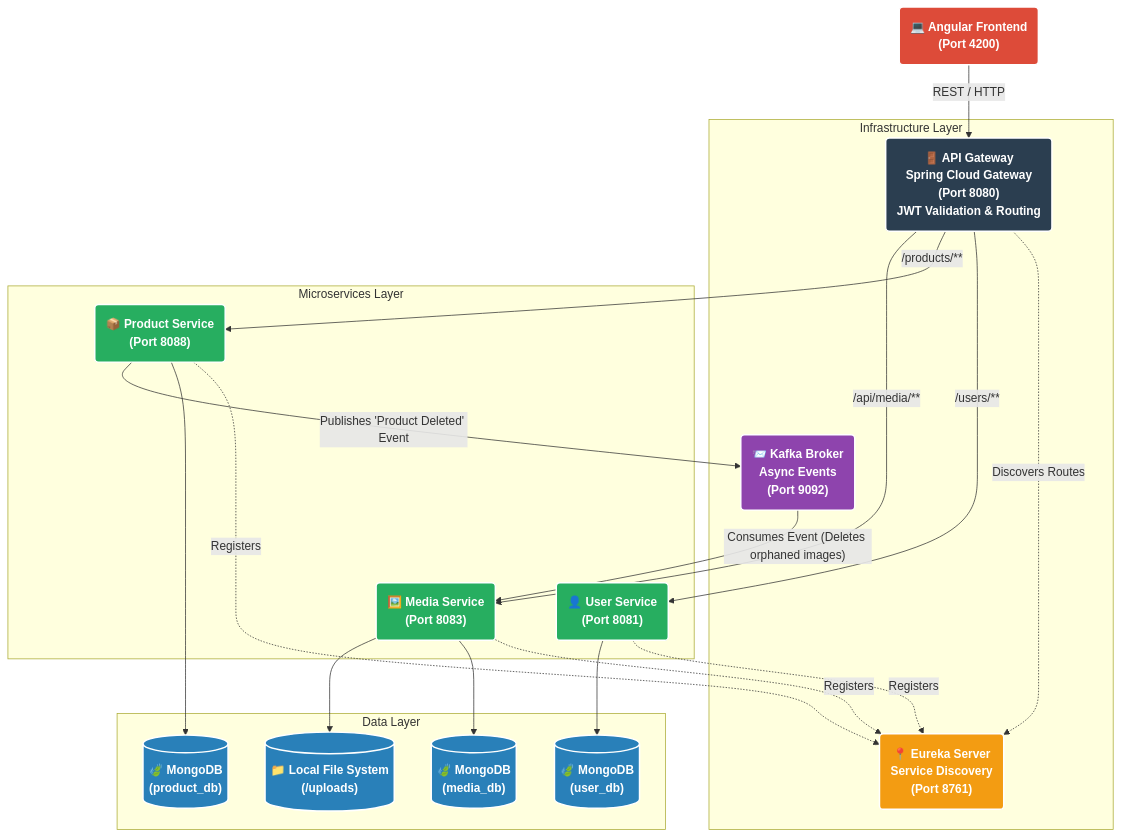
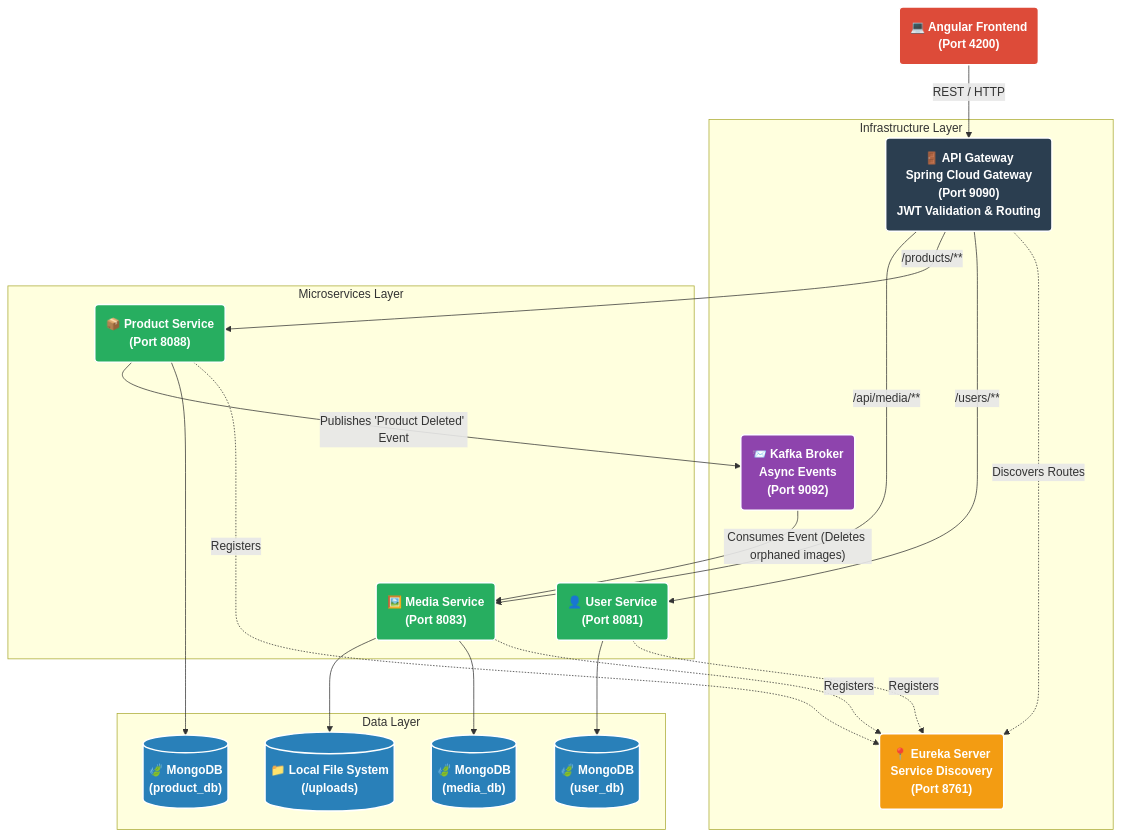
Before and after one commit to fahdaguenouz/mr-jenk: the diagram in docs/archi/system.md, drawn with Mermaid. The commit also changed 5 other files, not shown here.

````diff
--- a/docs/archi/system.md
+++ b/docs/archi/system.md
@@ -1,56 +1,56 @@
 ```mermaid
 graph TD
     %% Define Styles
     classDef client fill:#dd4b39,stroke:#fff,stroke-width:2px,color:#fff,font-weight:bold;
     classDef gateway fill:#2b3e50,stroke:#fff,stroke-width:2px,color:#fff,font-weight:bold;
     classDef registry fill:#f39c12,stroke:#fff,stroke-width:2px,color:#fff,font-weight:bold;
     classDef service fill:#27ae60,stroke:#fff,stroke-width:2px,color:#fff,font-weight:bold;
     classDef database fill:#2980b9,stroke:#fff,stroke-width:2px,color:#fff,font-weight:bold;
     classDef broker fill:#8e44ad,stroke:#fff,stroke-width:2px,color:#fff,font-weight:bold;
 
     %% Nodes
     Client("💻 Angular Frontend<br>(Port 4200)"):::client
 
     subgraph "Infrastructure Layer"
-        Gateway("🚪 API Gateway<br>Spring Cloud Gateway<br>(Port 8080)<br>JWT Validation & Routing"):::gateway
+        Gateway("🚪 API Gateway<br>Spring Cloud Gateway<br>(Port 9090)<br>JWT Validation & Routing"):::gateway
         Eureka("📍 Eureka Server<br>Service Discovery<br>(Port 8761)"):::registry
         Kafka("📨 Kafka Broker<br>Async Events<br>(Port 9092)"):::broker
     end
 
     subgraph "Microservices Layer"
         UserSvc("👤 User Service<br>(Port 8081)"):::service
         ProdSvc("📦 Product Service<br>(Port 8088)"):::service
         MediaSvc("🖼️ Media Service<br>(Port 8083)"):::service
     end
 
     subgraph "Data Layer"
         UserDB[("🍃 MongoDB<br>(user_db)")]:::database
         ProdDB[("🍃 MongoDB<br>(product_db)")]:::database
         MediaDB[("🍃 MongoDB<br>(media_db)")]:::database
         Disk[("📁 Local File System<br>(/uploads)")]:::database
     end
 
     %% Flow/Connections
     Client -- "REST / HTTP" --> Gateway
     
     %% Eureka Registration
     Gateway -. "Discovers Routes" .-> Eureka
     UserSvc -. "Registers" .-> Eureka
     ProdSvc -. "Registers" .-> Eureka
     MediaSvc -. "Registers" .-> Eureka
 
     %% Gateway Routing
     Gateway -- "/users/**" --> UserSvc
     Gateway -- "/products/**" --> ProdSvc
     Gateway -- "/api/media/**" --> MediaSvc
 
     %% Database Connections
     UserSvc --> UserDB
     ProdSvc --> ProdDB
     MediaSvc --> MediaDB
     MediaSvc --> Disk
 
     %% Async Communication
     ProdSvc -- "Publishes 'Product Deleted' Event" --> Kafka
     Kafka -- "Consumes Event (Deletes orphaned images)" --> MediaSvc
 ```
````
